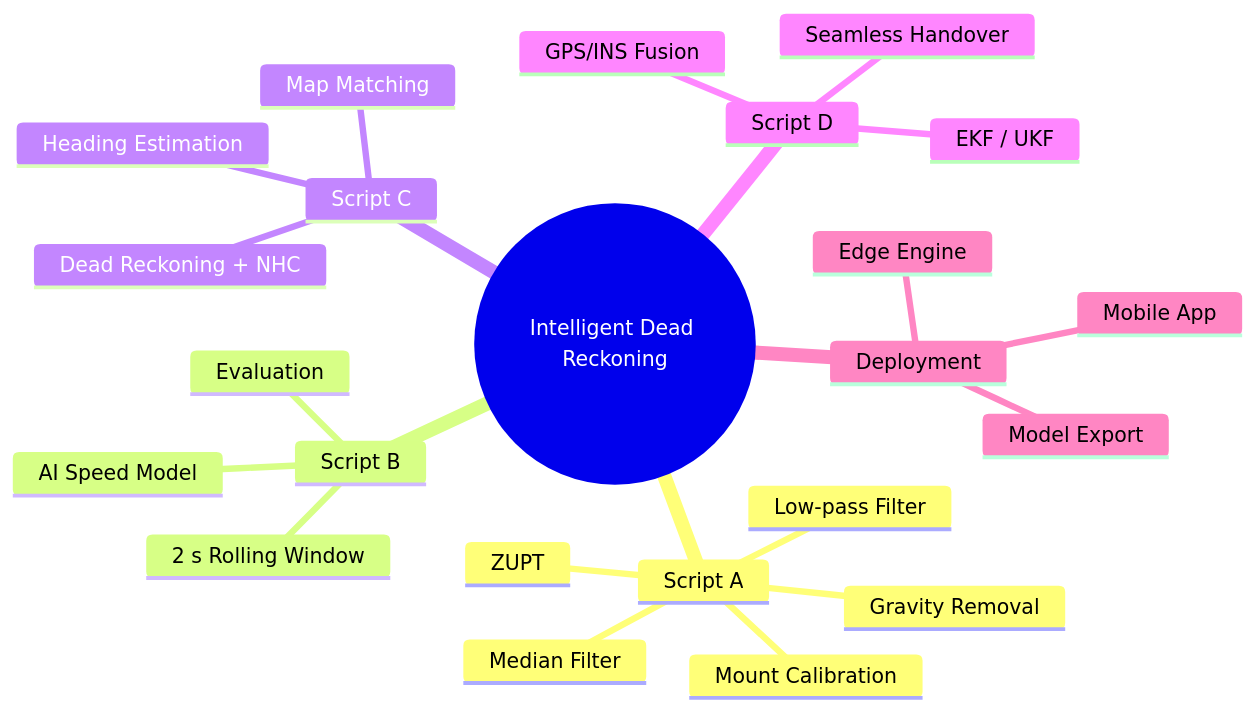
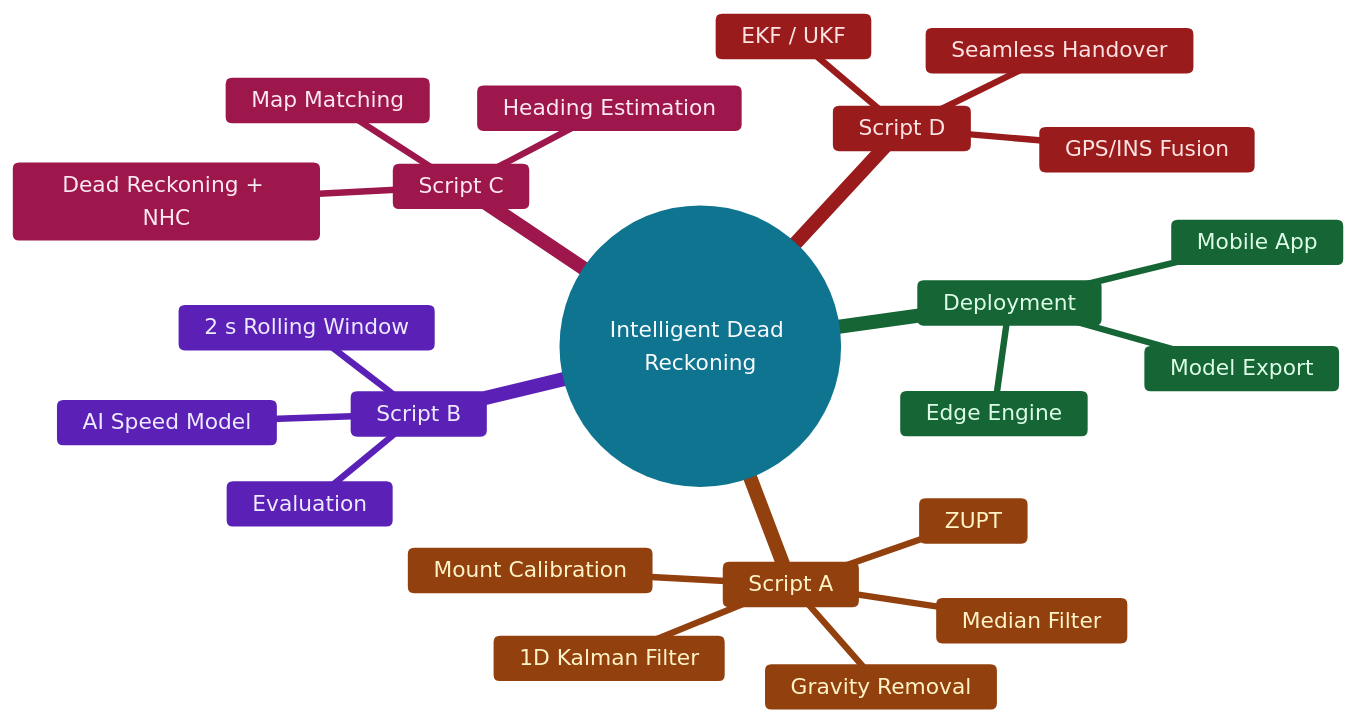
Before and after one commit to Team-TechGen-NITC/IMU-Dead-Reckoning: the first of 8 diagrams in README.md, drawn with Mermaid. The commit also changed other lines of this file, not shown here.

````diff
--- a/README.md
+++ b/README.md
@@ -11,26 +15,44 @@
 ```mermaid
+%%{init: {'theme':'base','themeVariables':{
+'fontSize':'17px',
+'git0':'#0e7490',
+'gitBranchLabel0':'#f8fafc',
+'cScale0':'#0e7490',
+'cScale1':'#92400e',
+'cScale2':'#5b21b6',
+'cScale3':'#9d174d',
+'cScale4':'#991b1b',
+'cScale5':'#166534',
+'cScaleLabel0':'#f8fafc',
+'cScaleLabel1':'#fef3c7',
+'cScaleLabel2':'#ede9fe',
+'cScaleLabel3':'#fce7f3',
+'cScaleLabel4':'#fee2e2',
+'cScaleLabel5':'#dcfce7',
+'lineColor':'#64748b'
+}}}%%
 mindmap
   root((Intelligent Dead Reckoning))
     Script A
       Median Filter
-      Low-pass Filter
+      1D Kalman Filter
       Mount Calibration
       Gravity Removal
       ZUPT
     Script B
       2 s Rolling Window
       AI Speed Model
       Evaluation
     Script C
       Heading Estimation
       Dead Reckoning + NHC
       Map Matching
     Script D
       GPS/INS Fusion
       EKF / UKF
       Seamless Handover
     Deployment
       Model Export
       Mobile App
       Edge Engine
 ```
````
